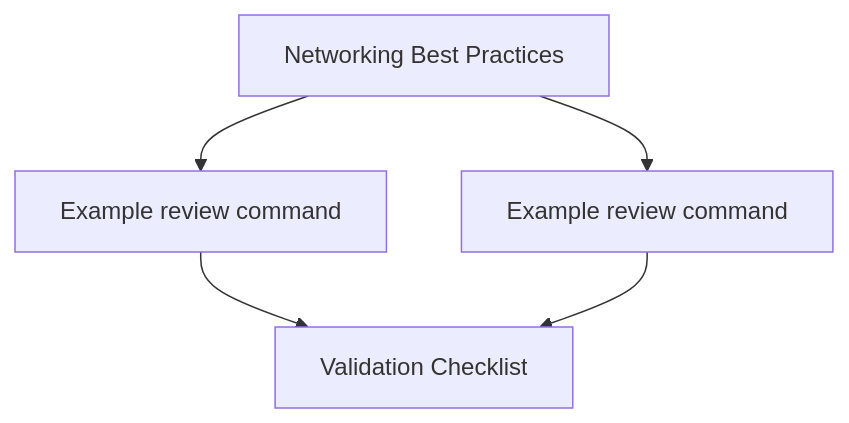
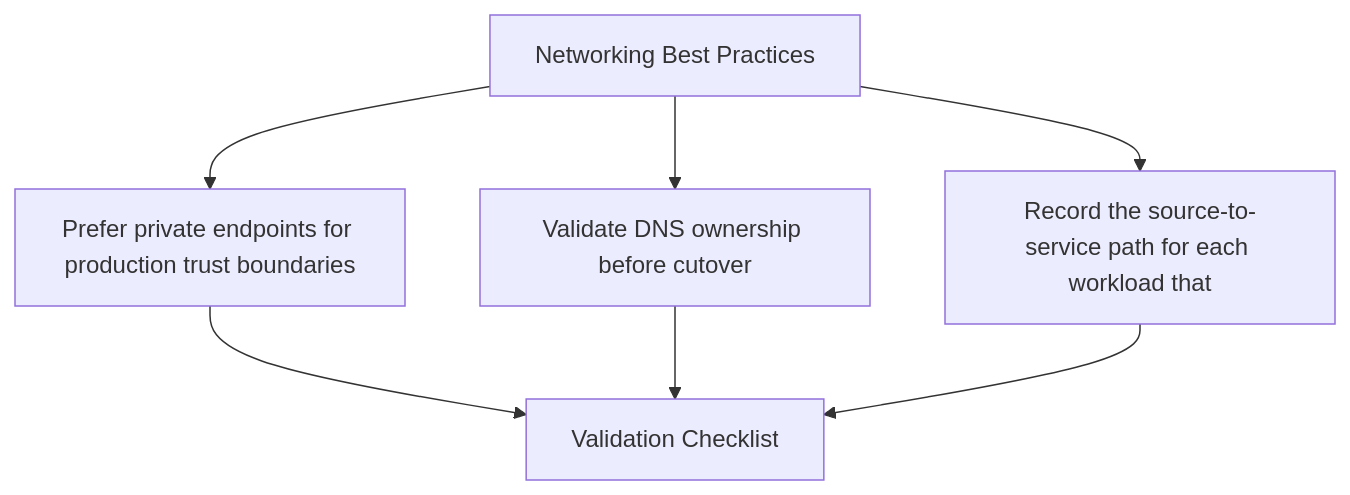
Before and after one commit to yeongseon/azure-storage-practical-guide: the diagram in docs/best-practices/networking-best-practices.md, drawn with Mermaid. The commit also changed 9 other files, not shown here.

Commit message:
fix: rebuild remaining BP diagrams from practice bullets with label shortening

````diff
--- a/docs/best-practices/networking-best-practices.md
+++ b/docs/best-practices/networking-best-practices.md
@@ -29,11 +29,14 @@
 ```mermaid
 flowchart TD
     T["Networking Best Practices"]
-    P1["Example review command"]
+    P1["Prefer private endpoints for production trust boundaries"]
     T --> P1
-    P2["Example review command"]
+    P2["Validate DNS ownership before cutover"]
     T --> P2
+    P3["Record the source-to-service path for each workload that"]
+    T --> P3
     V["Validation Checklist"]
     P1 --> V
     P2 --> V
+    P3 --> V
 ```
````
